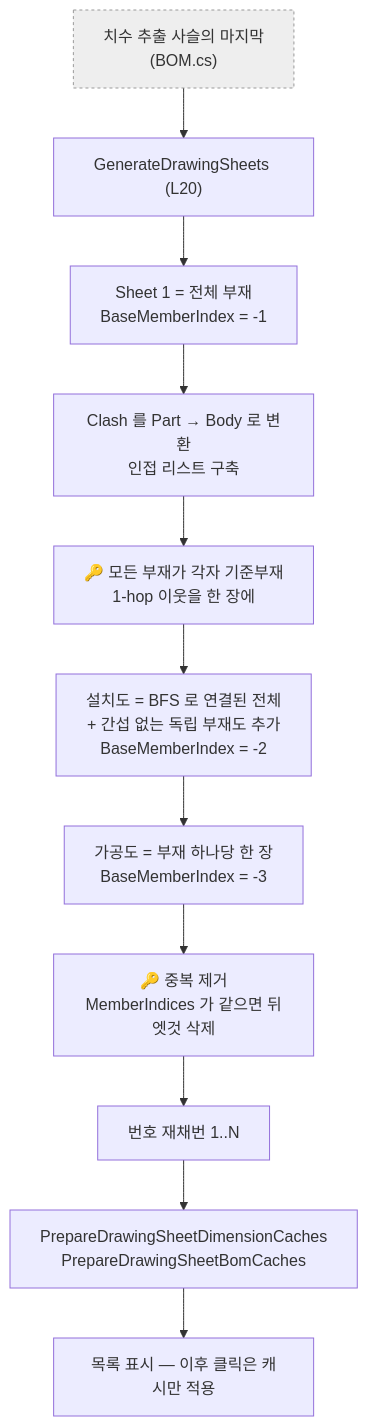
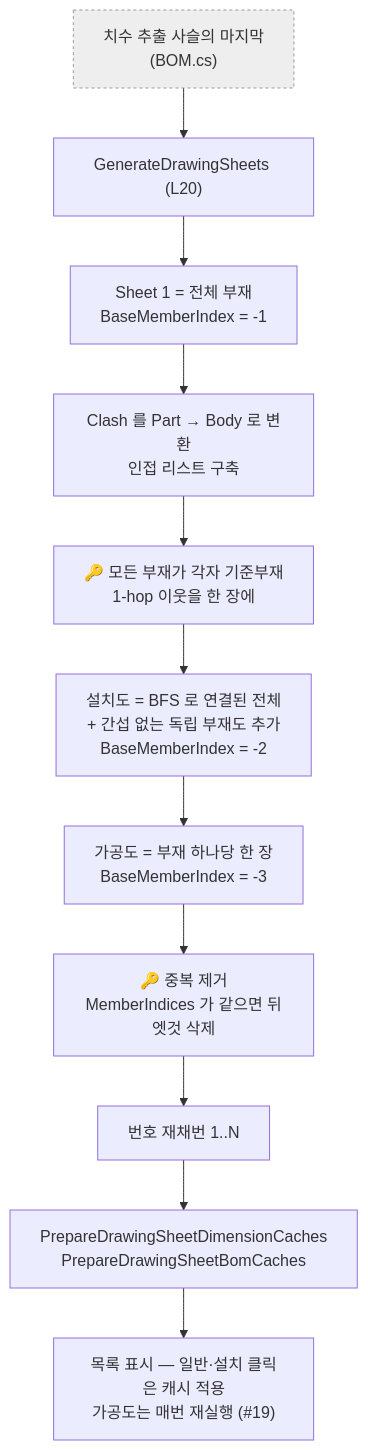
The first of 2 diagrams in docs/코드분석/파일별/Form1.DrawingSheets.md (uuuuj/a2z), drawn with Mermaid before and after one commit. The commit also changed other lines of this file and 5 other files, not shown here.

````diff
--- a/docs/코드분석/파일별/Form1.DrawingSheets.md
+++ b/docs/코드분석/파일별/Form1.DrawingSheets.md
@@ -61,14 +61,14 @@
 ```mermaid
 flowchart TD
     A["치수 추출 사슬의 마지막<br/>(BOM.cs)"]:::other --> B["GenerateDrawingSheets (L20)"]
     B --> C["Sheet 1 = 전체 부재<br/>BaseMemberIndex = -1"]
     C --> D["Clash 를 Part → Body 로 변환<br/>인접 리스트 구축"]
     D --> E["🔑 모든 부재가 각자 기준부재<br/>1-hop 이웃을 한 장에"]
     E --> F["설치도 = BFS 로 연결된 전체<br/>+ 간섭 없는 독립 부재도 추가<br/>BaseMemberIndex = -2"]
     F --> G["가공도 = 부재 하나당 한 장<br/>BaseMemberIndex = -3"]
     G --> H["🔑 중복 제거<br/>MemberIndices 가 같으면 뒤엣것 삭제"]
     H --> I["번호 재채번 1..N"]
     I --> J["PrepareDrawingSheetDimensionCaches<br/>PrepareDrawingSheetBomCaches"]
-    J --> K["목록 표시 — 이후 클릭은 캐시만 적용"]
+    J --> K["목록 표시 — 일반·설치 클릭은 캐시 적용<br/>가공도는 매번 재실행 (#19)"]
     classDef other fill:#eee,stroke:#999,stroke-dasharray:3
 ```
````
